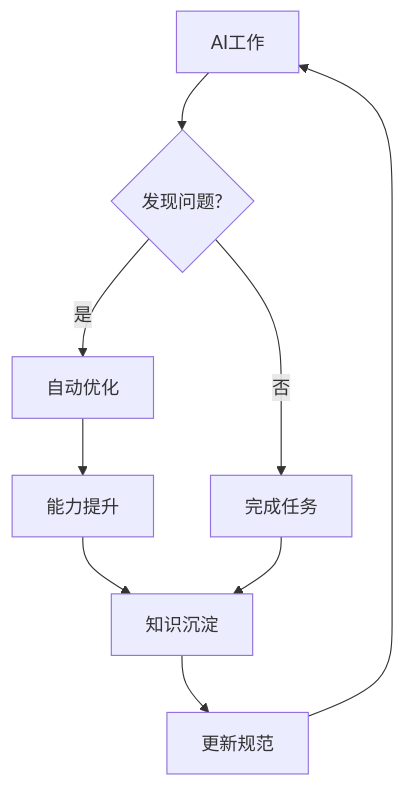
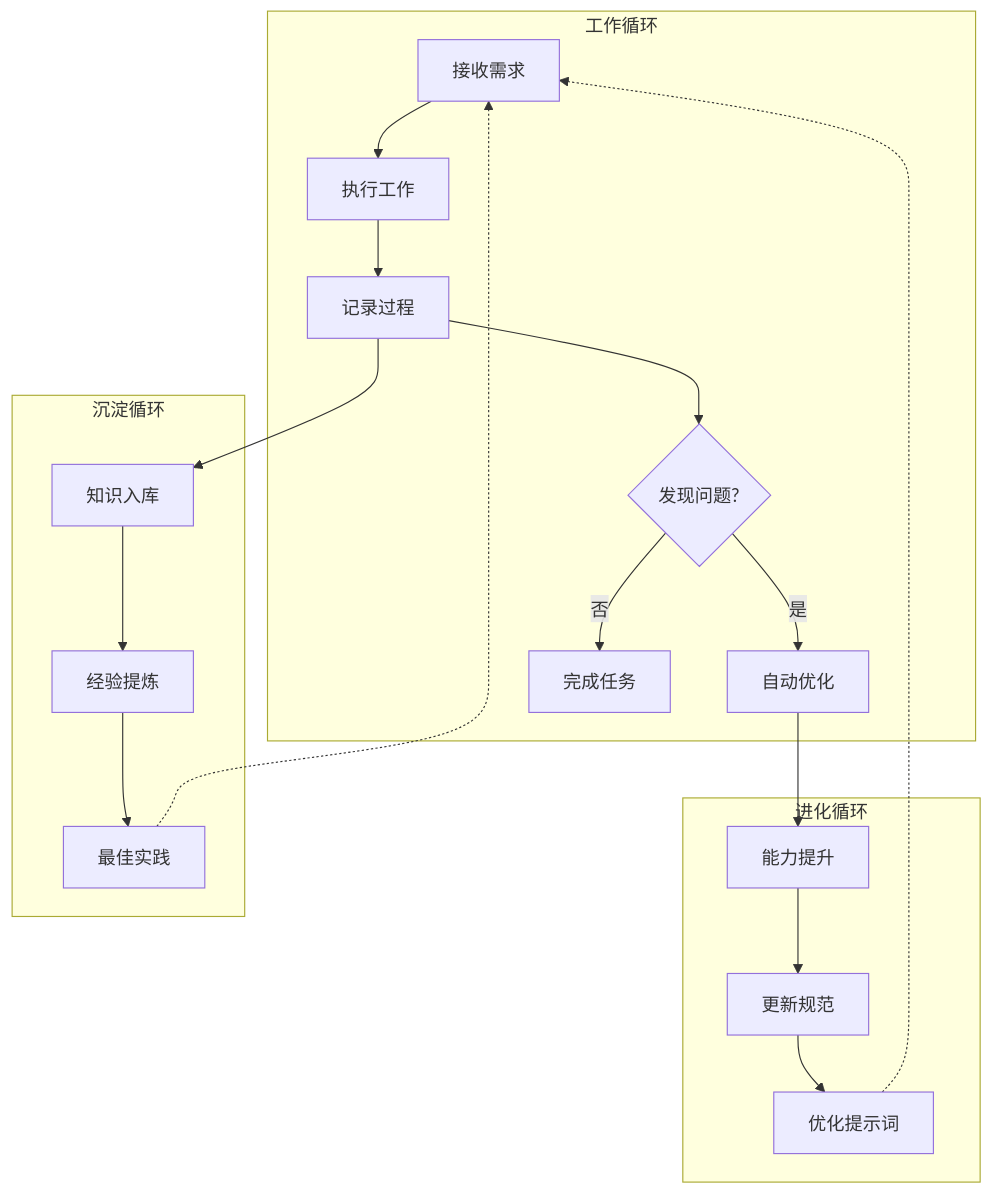
One commit to serenamustrich/dev-standard changed the third of 4 diagrams in 01-工作流Skill.md. Above: the diagram before and after it, drawn with Mermaid. The commit also changed other lines of this file, not shown here.

````diff
--- a/01-工作流Skill.md
+++ b/01-工作流Skill.md
@@ -203,11 +203,24 @@
 ```mermaid
 flowchart TD
-    A[AI工作] --> B{发现问题?}
-    B -->|是| C[自动优化]
-    B -->|否| D[完成任务]
-    C --> E[能力提升]
-    E --> F[知识沉淀]
-    F --> G[更新规范]
-    G --> A
-    D --> F
+    subgraph 工作循环
+    A[接收需求] --> B[执行工作]
+    B --> C[记录过程]
+    C --> D{发现问题?}
+    D -->|是| E[自动优化]
+    D -->|否| F[完成任务]
+    end
+    
+    subgraph 进化循环
+    E --> G[能力提升]
+    G --> H[更新规范]
+    H --> I[优化提示词]
+    I -.-> A
+    end
+    
+    subgraph 沉淀循环
+    C --> J[知识入库]
+    J --> K[经验提炼]
+    K --> L[最佳实践]
+    L -.-> A
+    end
 ```
````
